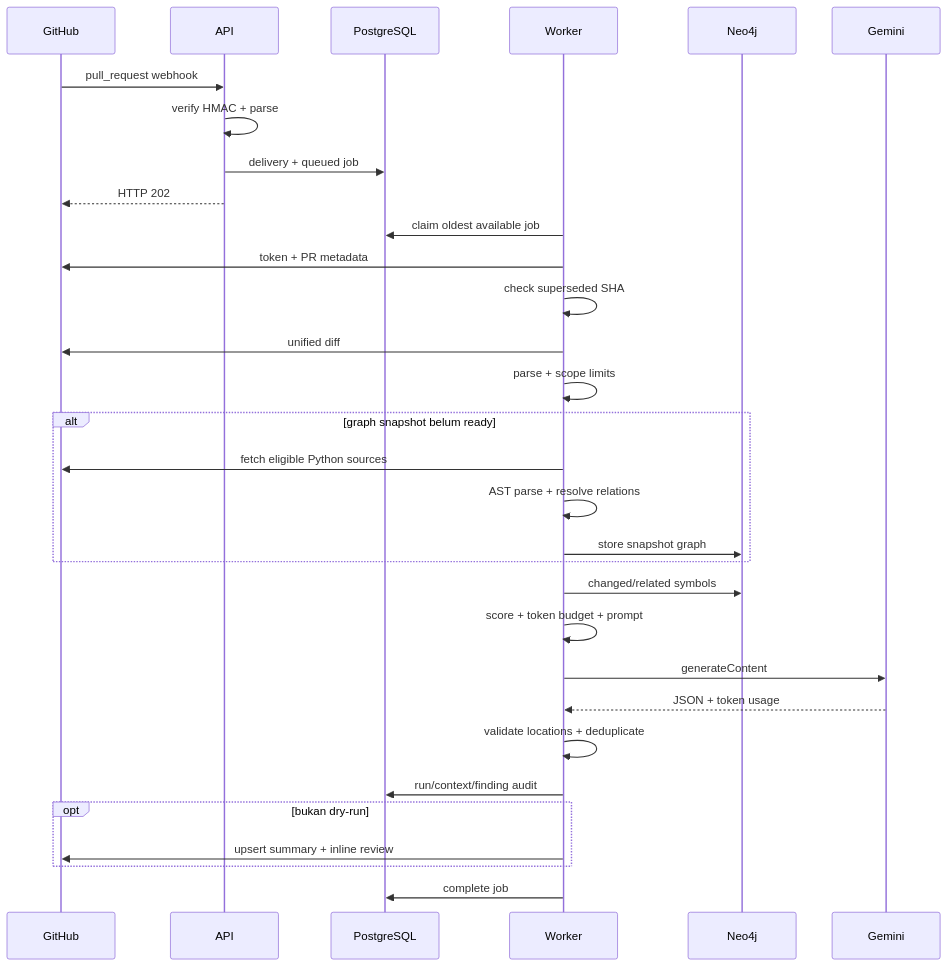
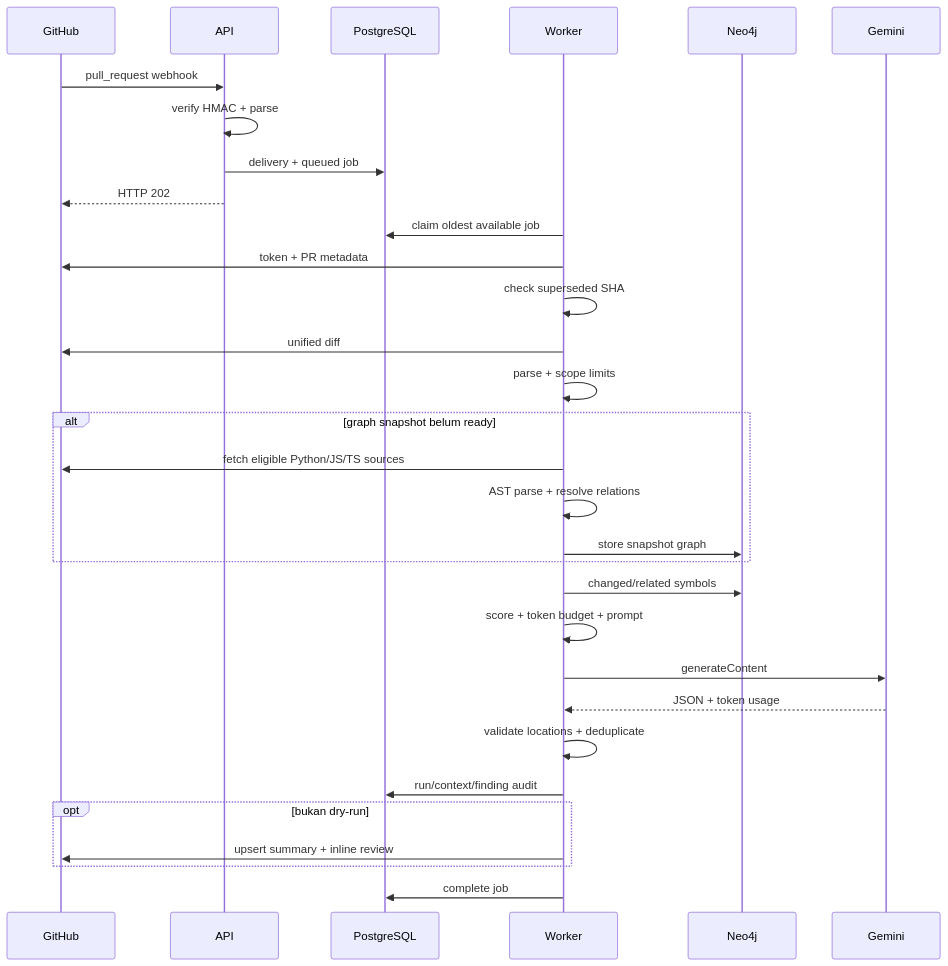
The second of 2 diagrams in docs/01-arsitektur-high-level.md (Doffannoel/CodeReview), drawn with Mermaid before and after one commit. The commit also changed other lines of this file and 35 other files, not shown here.

````diff
--- a/docs/01-arsitektur-high-level.md
+++ b/docs/01-arsitektur-high-level.md
@@ -35,33 +35,33 @@
 ```mermaid
 sequenceDiagram
     participant G as GitHub
     participant A as API
     participant P as PostgreSQL
     participant W as Worker
     participant N as Neo4j
     participant M as Gemini
     G->>A: pull_request webhook
     A->>A: verify HMAC + parse
     A->>P: delivery + queued job
     A-->>G: HTTP 202
     W->>P: claim oldest available job
     W->>G: token + PR metadata
     W->>W: check superseded SHA
     W->>G: unified diff
     W->>W: parse + scope limits
     alt graph snapshot belum ready
-        W->>G: fetch eligible Python sources
+        W->>G: fetch eligible Python/JS/TS sources
         W->>W: AST parse + resolve relations
         W->>N: store snapshot graph
     end
     W->>N: changed/related symbols
     W->>W: score + token budget + prompt
     W->>M: generateContent
     M-->>W: JSON + token usage
     W->>W: validate locations + deduplicate
     W->>P: run/context/finding audit
     opt bukan dry-run
         W->>G: upsert summary + inline review
     end
     W->>P: complete job
 ```
````
